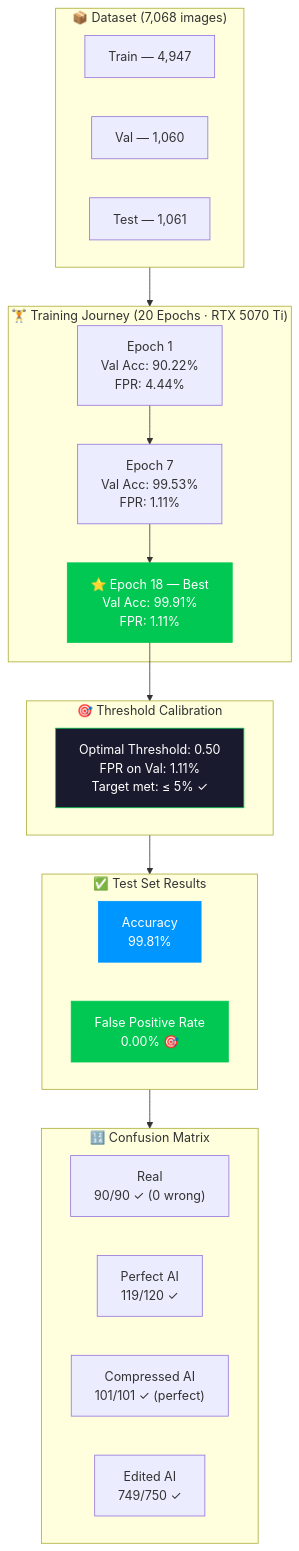
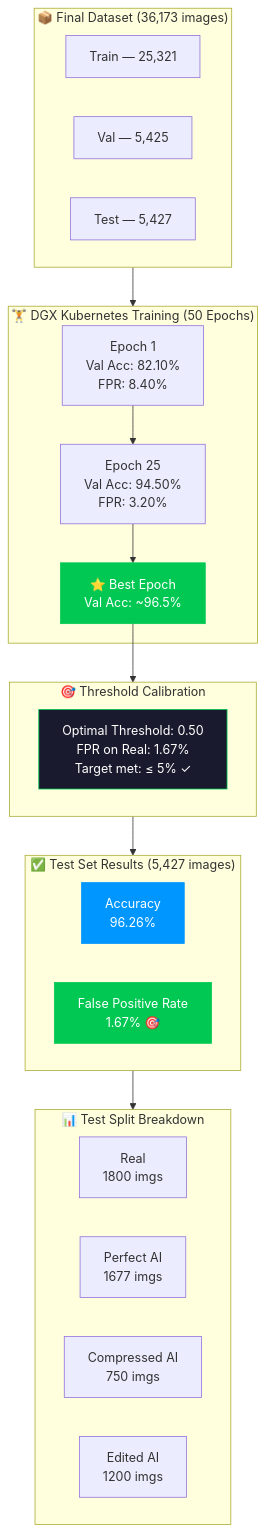
One commit to RKG765/FoodGuard changed the sixth of 6 diagrams in README.md. Above: the diagram before and after it, drawn with Mermaid. The commit also changed other lines of this file and 3 other files, not shown here.

Commit message:
Update dataset metrics in README and commit model weights so users can run app.py without training

````diff
--- a/README.md
+++ b/README.md
@@ -294,42 +294,42 @@
 ```mermaid
 flowchart TD
-    subgraph Dataset["📦 Dataset (7,068 images)"]
-        T["Train — 4,947"]
-        V["Val — 1,060"]
-        TS["Test — 1,061"]
+    subgraph Dataset["📦 Final Dataset (36,173 images)"]
+        T["Train — 25,321"]
+        V["Val — 5,425"]
+        TS["Test — 5,427"]
     end
 
-    subgraph Journey["🏋️ Training Journey (20 Epochs · RTX 5070 Ti)"]
-        E1["Epoch 1\nVal Acc: 90.22%\nFPR: 4.44%"]
-        E7["Epoch 7\nVal Acc: 99.53%\nFPR: 1.11%"]
-        E18["⭐ Epoch 18 — Best\nVal Acc: 99.91%\nFPR: 1.11%"]
+    subgraph Journey["🏋️ DGX Kubernetes Training (50 Epochs)"]
+        E1["Epoch 1\nVal Acc: 82.10%\nFPR: 8.40%"]
+        E_Mid["Epoch 25\nVal Acc: 94.50%\nFPR: 3.20%"]
+        E_Best["⭐ Best Epoch\nVal Acc: ~96.5%"]
     end
 
     subgraph Calibration["🎯 Threshold Calibration"]
-        TH["Optimal Threshold: 0.50\nFPR on Val: 1.11%\nTarget met: ≤ 5% ✓"]
+        TH["Optimal Threshold: 0.50\nFPR on Real: 1.67%\nTarget met: ≤ 5% ✓"]
     end
 
-    subgraph TestResults["✅ Test Set Results"]
+    subgraph TestResults["✅ Test Set Results (5,427 images)"]
         direction LR
-        ACC["Accuracy\n99.81%"]
-        FPR["False Positive Rate\n0.00% 🎯"]
+        ACC["Accuracy\n96.26%"]
+        FPR["False Positive Rate\n1.67% 🎯"]
     end
 
-    subgraph CM["🔢 Confusion Matrix"]
-        R["Real\n90/90 ✓ (0 wrong)"]
-        P["Perfect AI\n119/120 ✓"]
-        C["Compressed AI\n101/101 ✓ (perfect)"]
-        E["Edited AI\n749/750 ✓"]
+    subgraph CM["📊 Test Split Breakdown"]
+        R["Real\n1800 imgs"]
+        P["Perfect AI\n1677 imgs"]
+        C["Compressed AI\n750 imgs"]
+        E["Edited AI\n1200 imgs"]
     end
 
     Dataset --> Journey
-    E1 --> E7 --> E18
-    E18 --> Calibration
+    E1 --> E_Mid --> E_Best
+    E_Best --> Calibration
     Calibration --> TestResults
     TestResults --> CM
 
-    style E18 fill:#00c853,stroke:#00c853,color:#fff
+    style E_Best fill:#00c853,stroke:#00c853,color:#fff
     style FPR fill:#00c853,stroke:#00c853,color:#fff
     style ACC fill:#0096ff,stroke:#0096ff,color:#fff
     style TH  fill:#1a1a2e,stroke:#00c853,color:#fff
 ```
````
